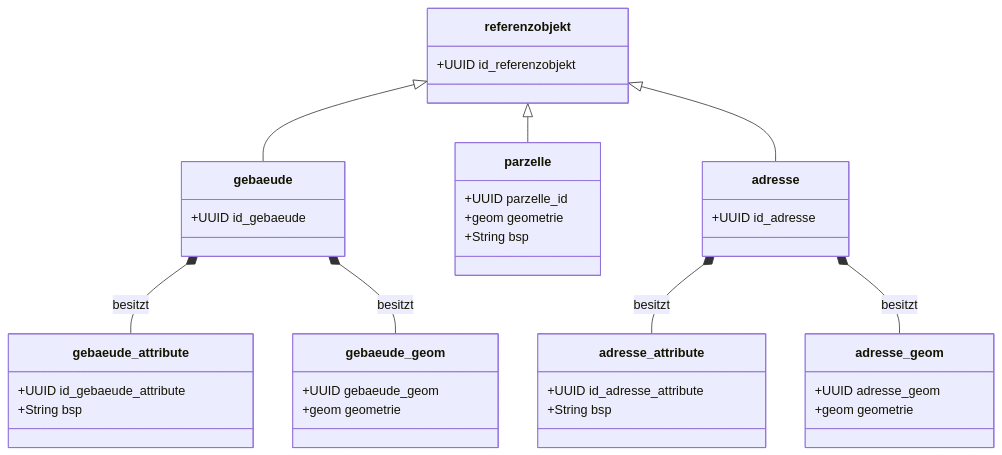
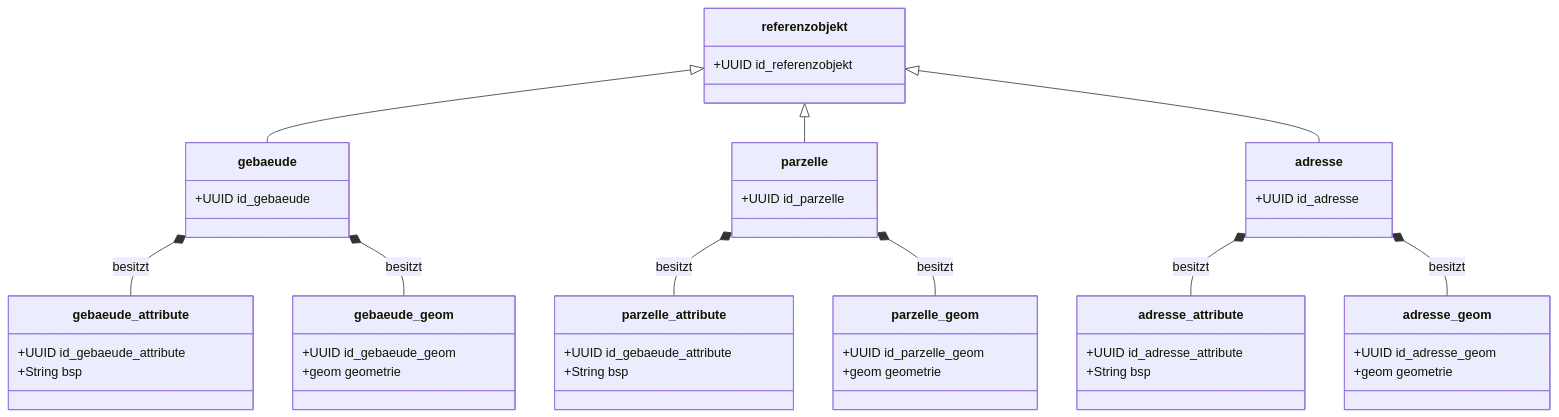
The third of 7 diagrams in README.md (opengisch/ch.bs.urkataster), drawn with Mermaid before and after one commit. The commit also changed other lines of this file and 1 other file, not shown here.

````diff
--- a/README.md
+++ b/README.md
@@ -196,56 +222,61 @@
 ```mermaid
 classDiagram
-    %% --- VERERBUNG (Inheritance) ---
-    %% Der Pfeil zeigt zum Elternteil (Supertyp)
     referenzobjekt <|-- gebaeude
     referenzobjekt <|-- parzelle
     referenzobjekt <|-- adresse
 
-    %% --- KOMPOSITION (Zugehörigkeit) ---
-    %% Der gefüllte Rauten-Pfeil bedeutet: 
-    %% "gebaeude_attribute" existiert nicht ohne "gebaeude"
     gebaeude *-- gebaeude_attribute : besitzt
+    parzelle *-- parzelle_attribute : besitzt
     adresse *-- adresse_attribute : besitzt
     gebaeude *-- gebaeude_geom : besitzt
+    parzelle *-- parzelle_geom : besitzt
     adresse *-- adresse_geom : besitzt
 
     %% --- KLASSEN DEFINITIONEN ---
     
     class referenzobjekt {
         +UUID id_referenzobjekt
     }
 
     class gebaeude {
         +UUID id_gebaeude
     }
 
-    class parzelle {
-        +UUID parzelle_id
-        +geom geometrie
-        +String bsp
-    }
-
     class adresse {
         +UUID id_adresse
     }
 
+    class parzelle {
+        +UUID id_parzelle 
+    }
+
     class gebaeude_attribute {
+        +UUID id_gebaeude_attribute
+        +String bsp
+    }
+
+    class parzelle_attribute {
         +UUID id_gebaeude_attribute
         +String bsp
     }
 
     class adresse_attribute {
         +UUID id_adresse_attribute
         +String bsp
     }
 
     class gebaeude_geom {
-        +UUID gebaeude_geom
+        +UUID id_gebaeude_geom
+        +geom geometrie
+    }
+
+    class parzelle_geom {
+        +UUID id_parzelle_geom
         +geom geometrie
     }
 
     class adresse_geom {
-        +UUID adresse_geom
+        +UUID id_adresse_geom
         +geom geometrie
     }
 ```
````
